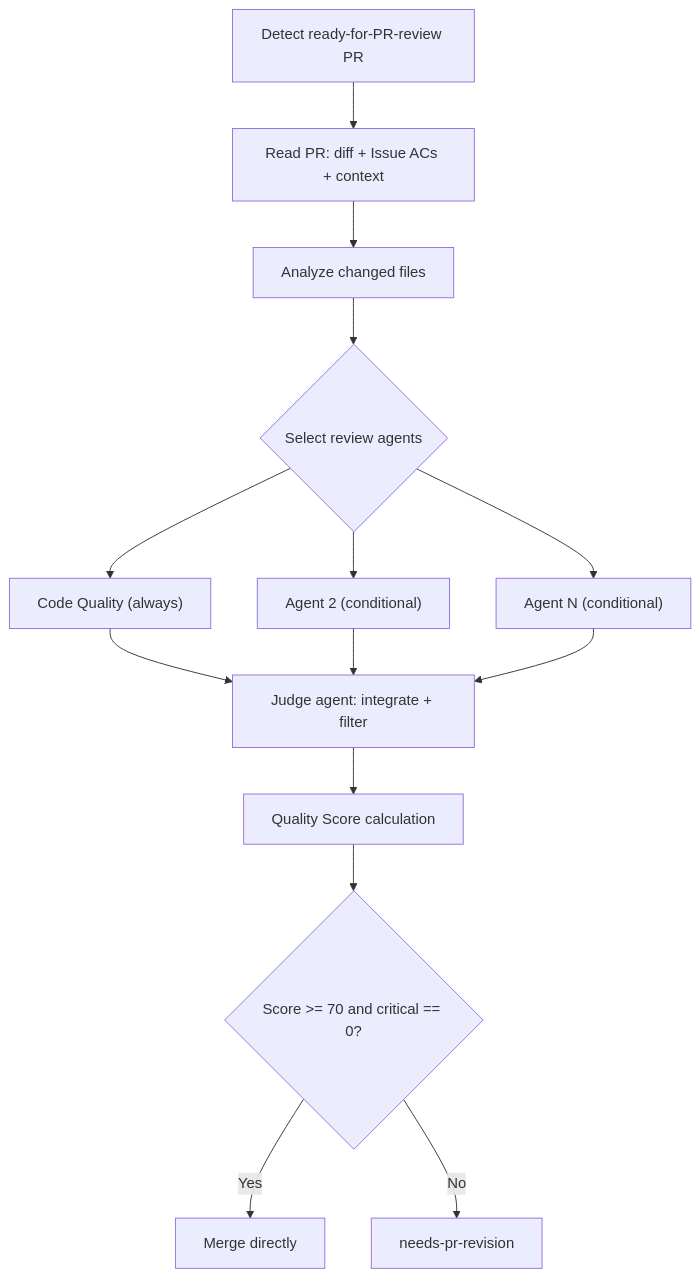
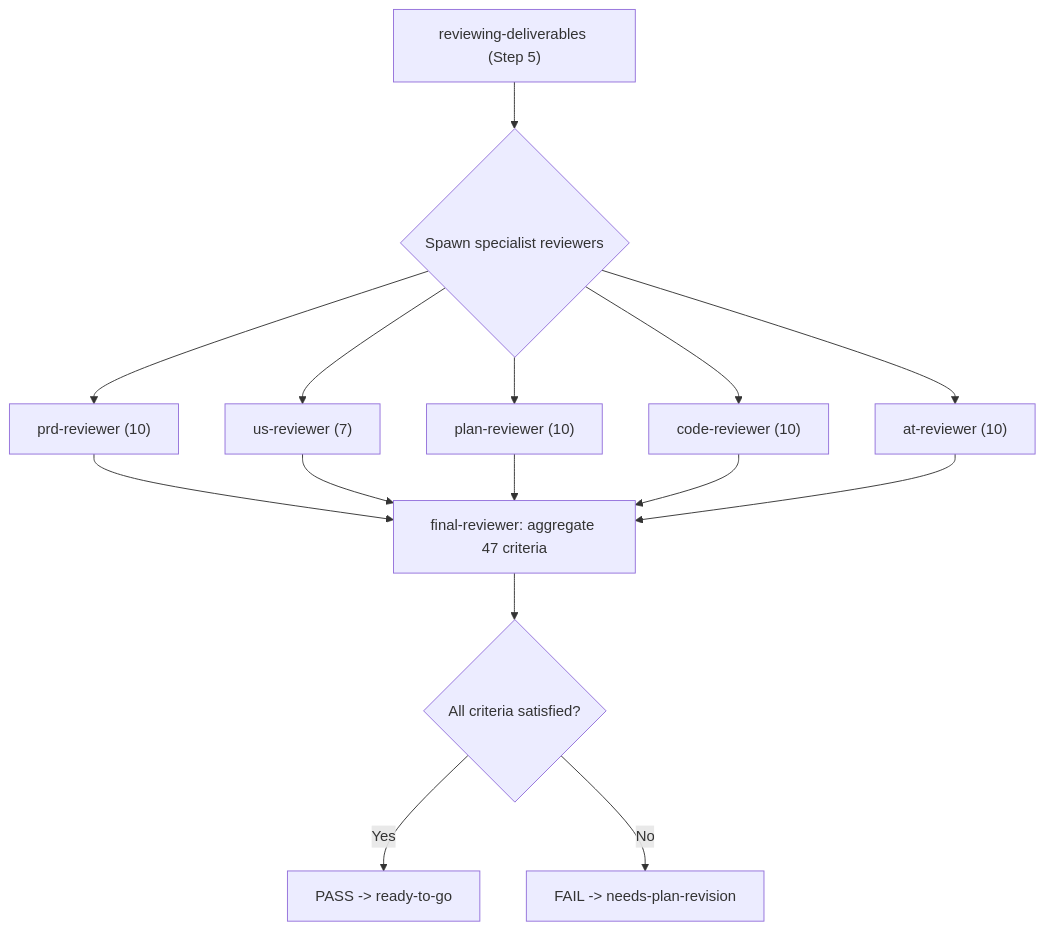
One commit to o3-ozono/atdd-kit changed the third of 4 diagrams in docs/workflow/workflow-detail.md. Above: the diagram before and after it, drawn with Mermaid. The commit also changed other lines of this file and 175 other files, not shown here.

````diff
--- a/docs/workflow/workflow-detail.md
+++ b/docs/workflow/workflow-detail.md
@@ -156,20 +101,20 @@
 ```mermaid
 flowchart TD
-    Start["Detect ready-for-PR-review PR"] --> ReadPR["Read PR: diff + Issue ACs + context"]
-    ReadPR --> Detect["Analyze changed files"]
-    Detect --> Select{"Select review agents"}
+    Start["reviewing-deliverables (Step 5)"] --> Spawn{"Spawn specialist reviewers"}
+    Spawn --> PRD["prd-reviewer (10)"]
+    Spawn --> US["us-reviewer (7)"]
+    Spawn --> PLAN["plan-reviewer (10)"]
+    Spawn --> CODE["code-reviewer (10)"]
+    Spawn --> AT["at-reviewer (10)"]
 
-    Select --> CQ["Code Quality (always)"]
-    Select --> A2["Agent 2 (conditional)"]
-    Select --> AN["Agent N (conditional)"]
+    PRD --> Final
+    US --> Final
+    PLAN --> Final
+    CODE --> Final
+    AT --> Final
 
-    CQ --> Judge
-    A2 --> Judge
-    AN --> Judge
-
-    Judge["Judge agent: integrate + filter"]
-    Judge --> Score["Quality Score calculation"]
-    Score --> Decision{"Score >= 70 and critical == 0?"}
-    Decision -- Yes --> Approved["Merge directly"]
-    Decision -- No --> Revision["needs-pr-revision"]
+    Final["final-reviewer: aggregate 47 criteria"]
+    Final --> Decision{"All criteria satisfied?"}
+    Decision -- Yes --> Pass["PASS -> ready-to-go"]
+    Decision -- No --> Fail["FAIL -> needs-plan-revision"]
 ```
````
